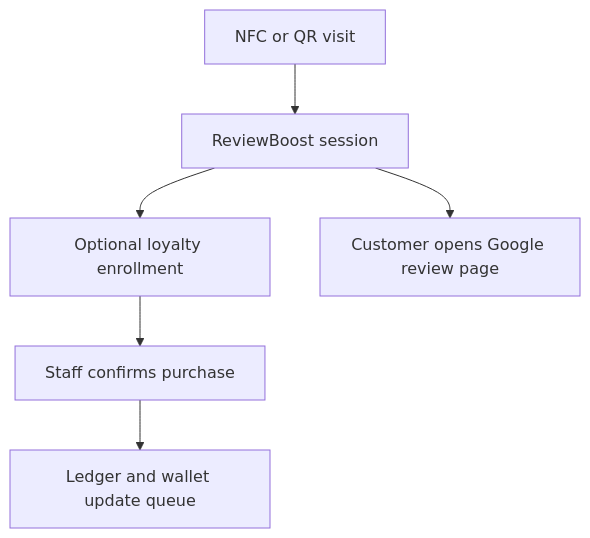
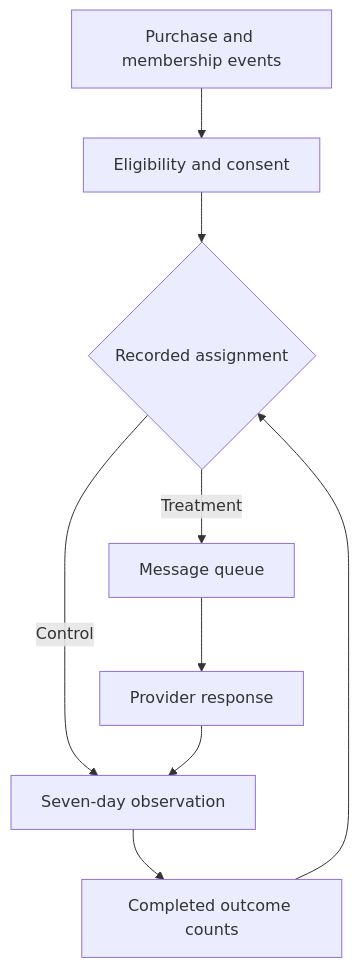
Before and after one commit to blackadmen732-wq/reviewboost1: the diagram in docs/backend/ENGAGEMENT_LOYALTY.md, drawn with Mermaid. The commit also changed other lines of this file and 21 other files, not shown here.

````diff
--- a/docs/backend/ENGAGEMENT_LOYALTY.md
+++ b/docs/backend/ENGAGEMENT_LOYALTY.md
@@ -18,8 +21,11 @@
 ```mermaid
 flowchart TD
-  A["NFC or QR visit"] --> B["ReviewBoost session"]
-  B --> C["Optional loyalty enrollment"]
-  B --> D["Customer opens Google review page"]
-  C --> E["Staff confirms purchase"]
-  E --> F["Ledger and wallet update queue"]
+  A["Purchase and membership events"] --> B["Eligibility and consent"]
+  B --> C{"Recorded assignment"}
+  C -->|Treatment| D["Message queue"]
+  C -->|Control| F["Seven-day observation"]
+  D --> E["Provider response"]
+  E --> F
+  F --> G["Completed outcome counts"]
+  G --> C
 ```
````
